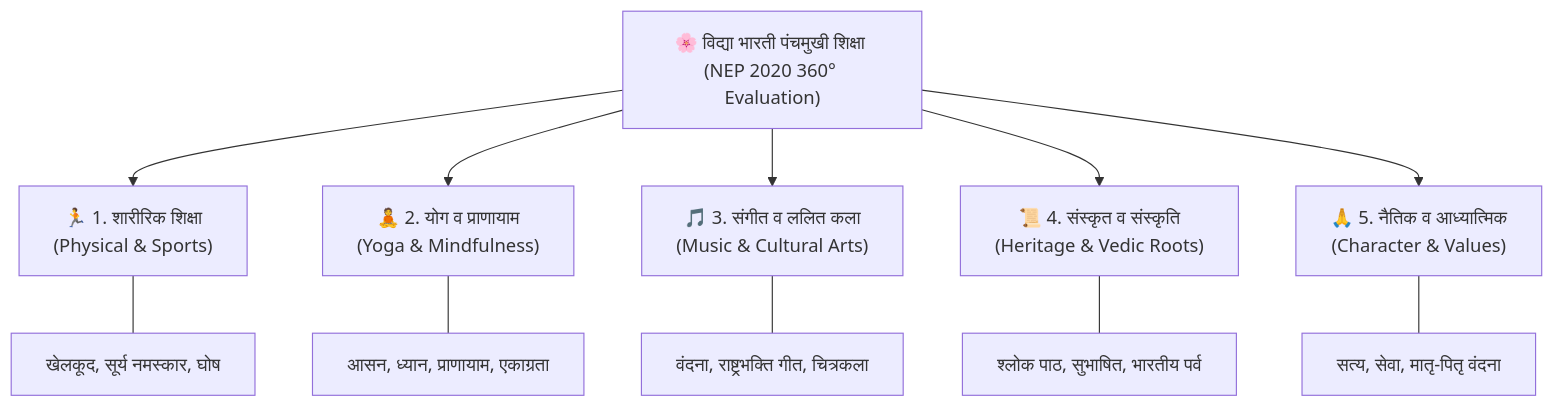
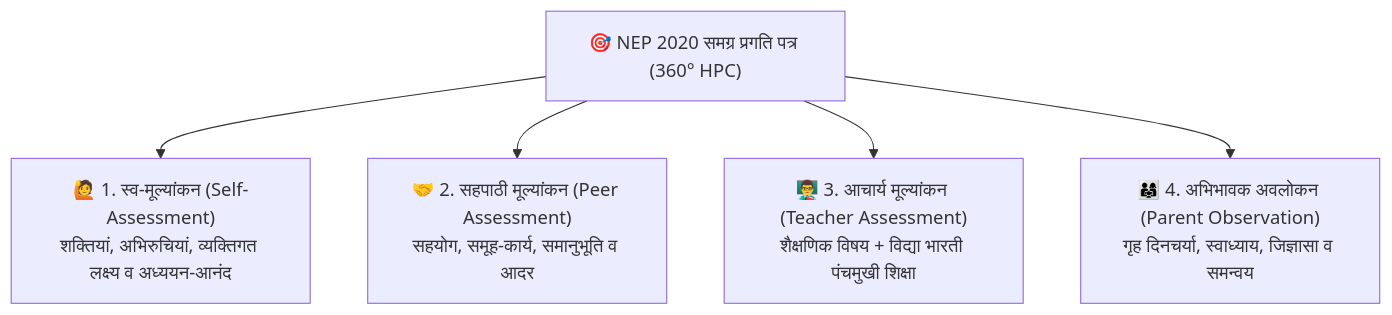
The sixth of 6 diagrams in docs/USER_MANUAL.md (Paras65/SSM), drawn with Mermaid before and after one commit. The commit also changed other lines of this file and 4 other files, not shown here.

Commit message:
feat: implement NEP 2020 360-degree holistic progress card HPC with Vidya Bharati Panchmukhi sync

````diff
--- a/docs/USER_MANUAL.md
+++ b/docs/USER_MANUAL.md
@@ -753,15 +748,8 @@
 ```mermaid
-graph TD
-    Root["🌸 विद्या भारती पंचमुखी शिक्षा (NEP 2020 360° Evaluation)"]
-    Root --> P1["🏃 1. शारीरिक शिक्षा<br/>(Physical & Sports)"]
-    Root --> P2["🧘 2. योग व प्राणायाम<br/>(Yoga & Mindfulness)"]
-    Root --> P3["🎵 3. संगीत व ललित कला<br/>(Music & Cultural Arts)"]
-    Root --> P4["📜 4. संस्कृत व संस्कृति<br/>(Heritage & Vedic Roots)"]
-    Root --> P5["🙏 5. नैतिक व आध्यात्मिक<br/>(Character & Values)"]
-
-    P1 --- D1["खेलकूद, सूर्य नमस्कार, घोष"]
-    P2 --- D2["आसन, ध्यान, प्राणायाम, एकाग्रता"]
-    P3 --- D3["वंदना, राष्ट्रभक्ति गीत, चित्रकला"]
-    P4 --- D4["श्लोक पाठ, सुभाषित, भारतीय पर्व"]
-    P5 --- D5["सत्य, सेवा, मातृ-पितृ वंदना"]
+flowchart TD
+    HPC["🎯 NEP 2020 समग्र प्रगति पत्र (360° HPC)"]
+    HPC --> SA["🙋 1. स्व-मूल्यांकन (Self-Assessment)<br/>शक्तियां, अभिरुचियां, व्यक्तिगत लक्ष्य व अध्ययन-आनंद"]
+    HPC --> PA["🤝 2. सहपाठी मूल्यांकन (Peer Assessment)<br/>सहयोग, समूह-कार्य, समानुभूति व आदर"]
+    HPC --> TA["👨‍🏫 3. आचार्य मूल्यांकन (Teacher Assessment)<br/>शैक्षणिक विषय + विद्या भारती पंचमुखी शिक्षा"]
+    HPC --> PO["👨‍👩‍👧 4. अभिभावक अवलोकन (Parent Observation)<br/>गृह दिनचर्या, स्वाध्याय, जिज्ञासा व समन्वय"]
 ```
````
